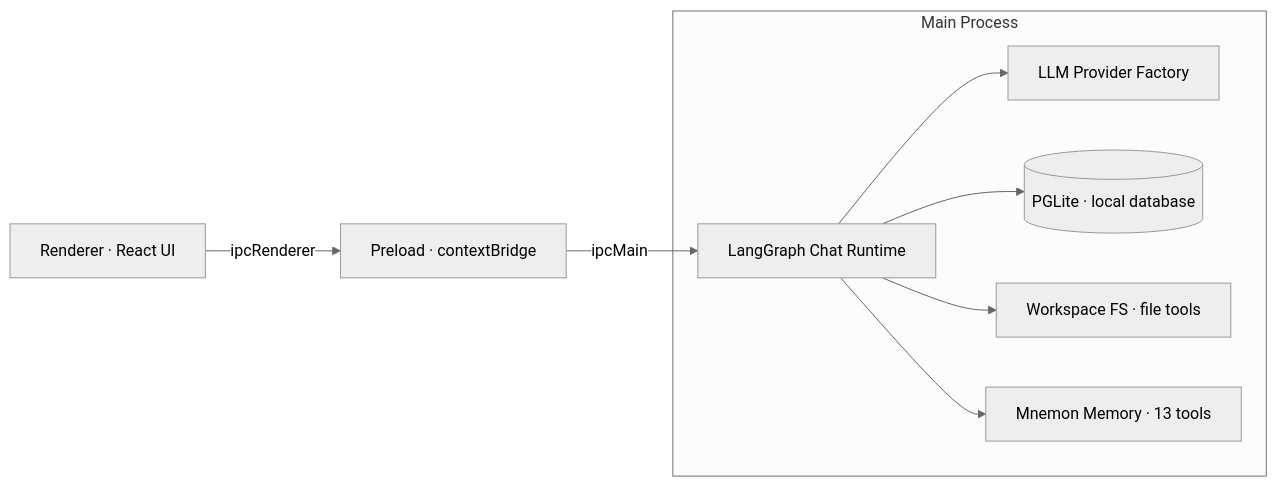
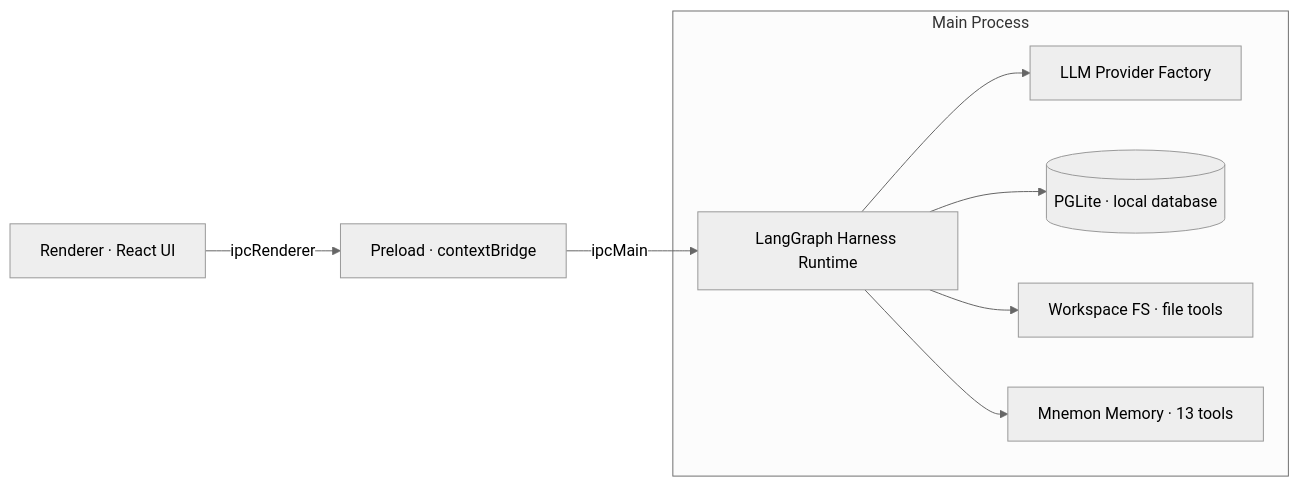
Before and after one commit to Aitenry/RytenBench: the diagram in README.md, drawn with Mermaid (neutral theme). The commit also changed other lines of this file and 243 other files, not shown here.

````diff
--- a/README.md
+++ b/README.md
@@ -286,13 +286,13 @@
 ```mermaid
 flowchart LR
     R["Renderer · React UI"] -->|ipcRenderer| P["Preload · contextBridge"]
 
     subgraph Main["Main Process"]
-        RT["LangGraph Chat Runtime"] --> LLM["LLM Provider Factory"]
+        RT["LangGraph Harness Runtime"] --> LLM["LLM Provider Factory"]
         RT --> DB[("PGLite · local database")]
         RT --> FS["Workspace FS · file tools"]
         RT --> MEM["Mnemon Memory · 13 tools"]
     end
 
     P -->|ipcMain| RT
 ```
````
